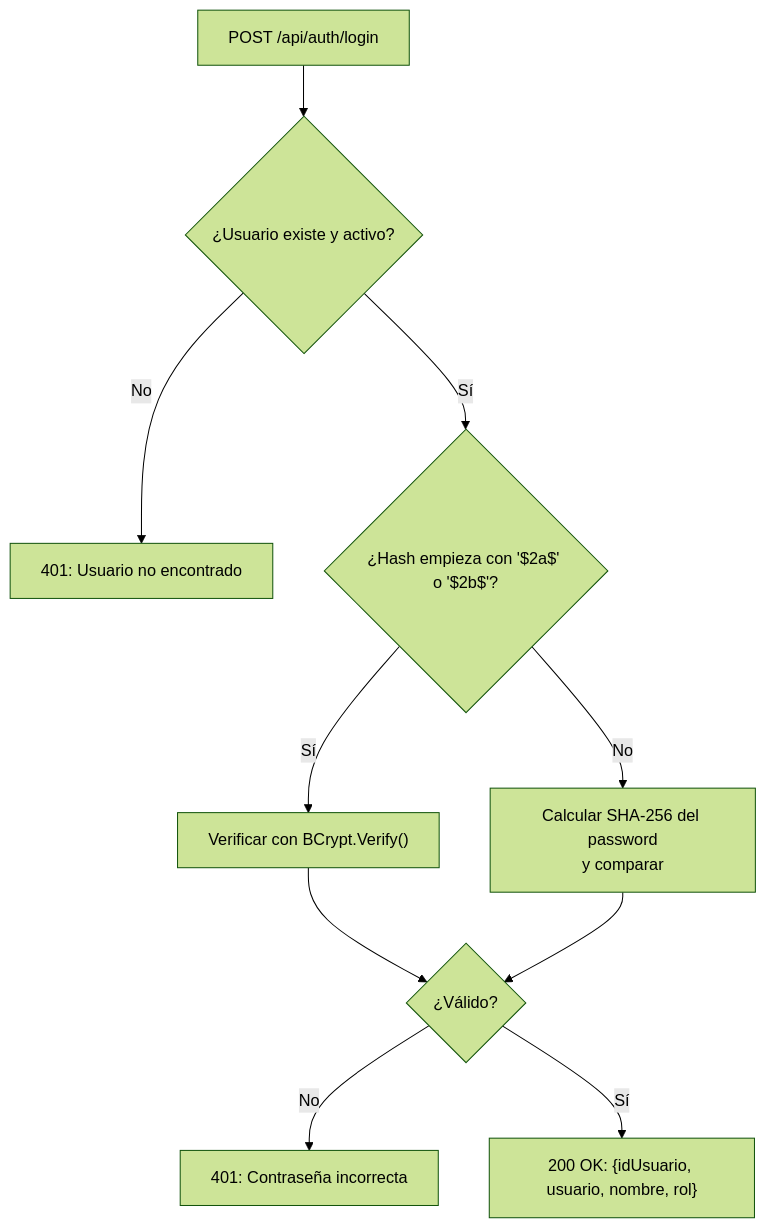
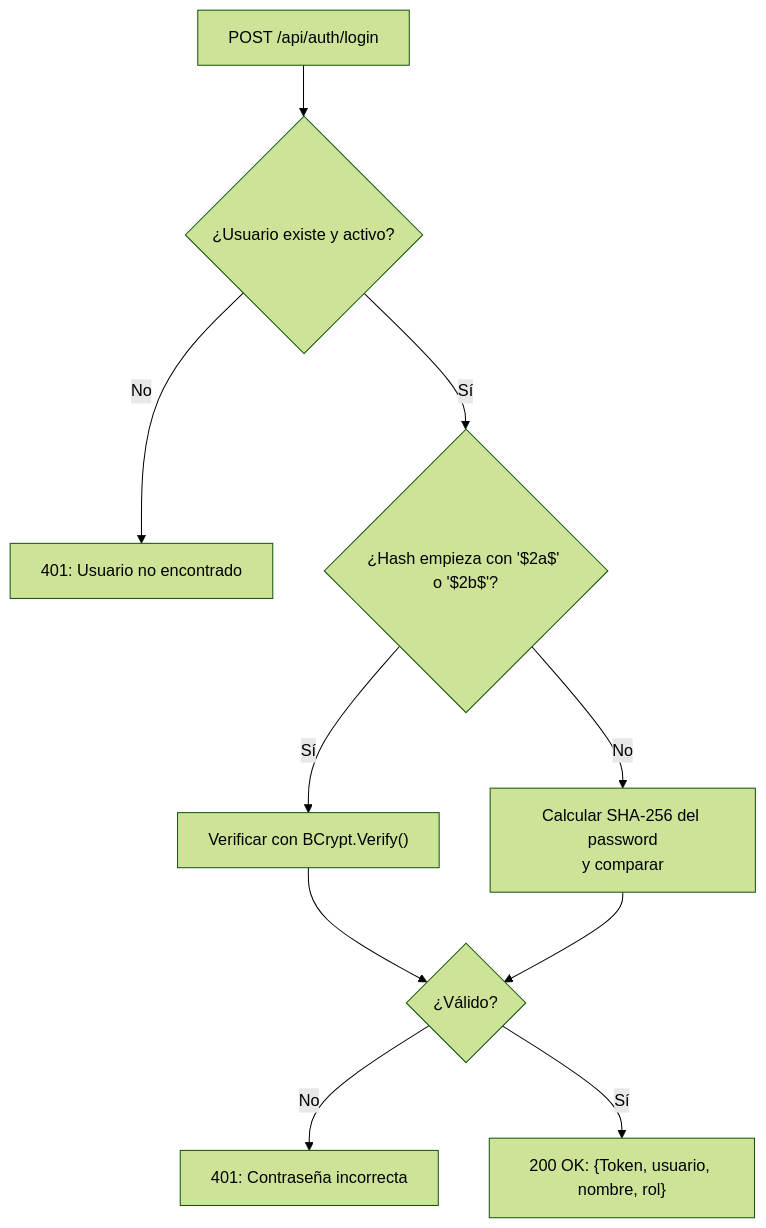
Before and after one commit to JorgeDoicela/istpet_vehiculos: the first of 2 diagrams in docs/SECURITY_DATA_SHIELD.md, drawn with Mermaid (forest theme). The commit also changed other lines of this file and 7 other files, not shown here.

````diff
--- a/docs/SECURITY_DATA_SHIELD.md
+++ b/docs/SECURITY_DATA_SHIELD.md
@@ -18,12 +18,12 @@
 ```mermaid
 flowchart TD
     A["POST /api/auth/login"] --> B{¿Usuario existe y activo?}
     B -- No --> C["401: Usuario no encontrado"]
     B -- Sí --> D{¿Hash empieza con '$2a$' o '$2b$'?}
     D -- Sí --> E["Verificar con BCrypt.Verify()"]
     D -- No --> F["Calcular SHA-256 del password\ny comparar"]
     E --> G{¿Válido?}
     F --> G
     G -- No --> H["401: Contraseña incorrecta"]
-    G -- Sí --> I["200 OK: {idUsuario, usuario, nombre, rol}"]
+    G -- Sí --> I["200 OK: {Token, usuario, nombre, rol}"]
 ```
````
